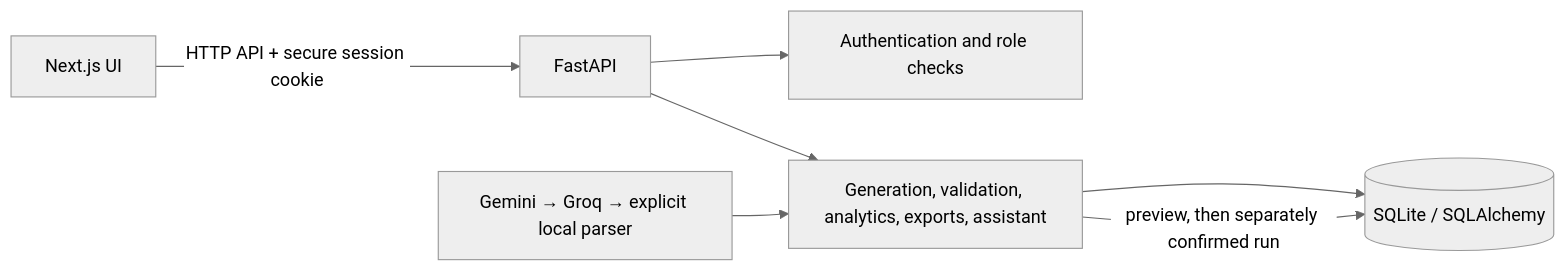
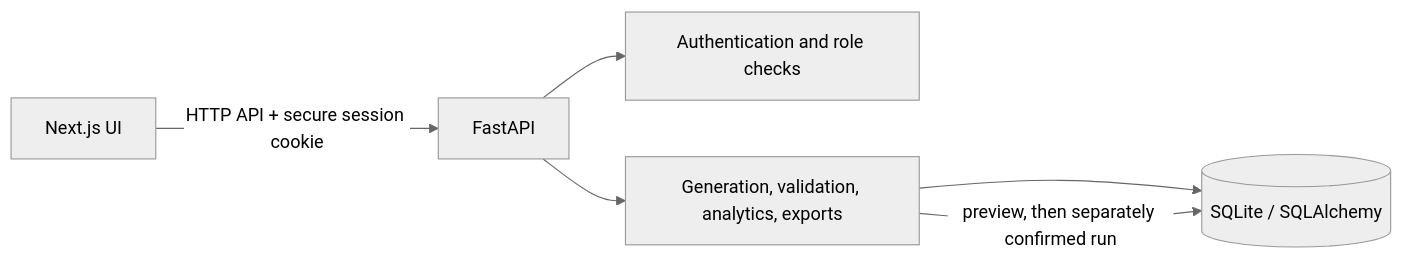
The diagram in README.md (humaira-tasneem/bedsynth-ai), drawn with Mermaid (neutral theme) before and after one commit. The commit also changed other lines of this file and 30 other files, not shown here.

````diff
--- a/README.md
+++ b/README.md
@@ -51,9 +48,8 @@
 ```mermaid
 flowchart LR
   Browser[Next.js UI] -->|HTTP API + secure session cookie| API[FastAPI]
   API --> Auth[Authentication and role checks]
-  API --> Services[Generation, validation, analytics, exports, assistant]
+  API --> Services[Generation, validation, analytics, exports]
   Services --> DB[(SQLite / SQLAlchemy)]
-  Assistant[Gemini → Groq → explicit local parser] --> Services
   Services -->|preview, then separately confirmed run| DB
 ```
````
